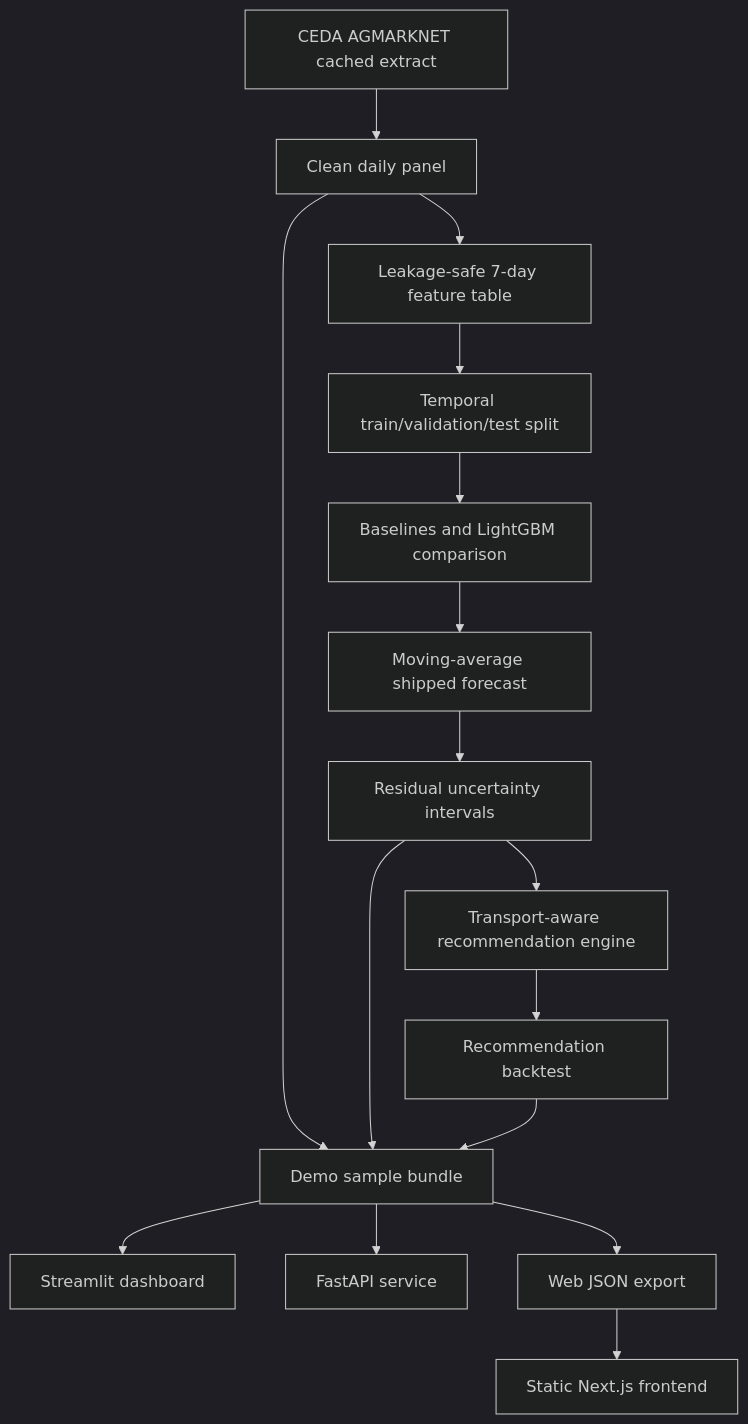
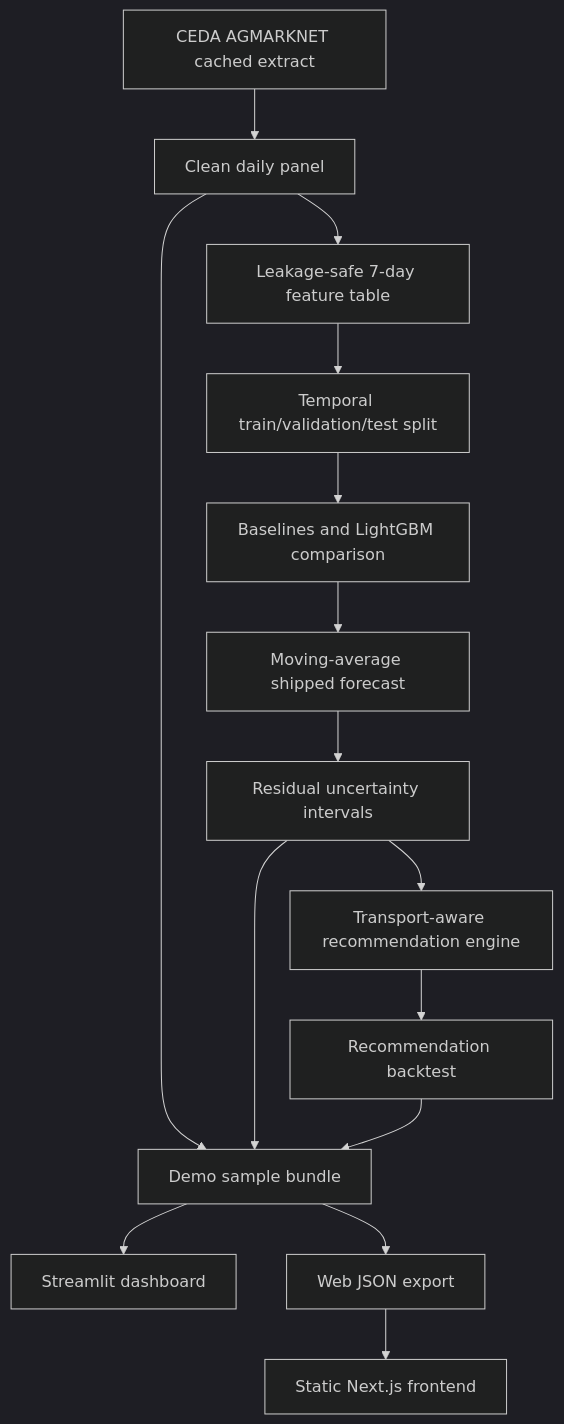
One commit to kaustubh-dot/MandiPulse changed the diagram in docs/ARCHITECTURE.md. Above: the diagram before and after it, drawn with Mermaid (dark theme). The commit also changed other lines of this file and 93 other files, not shown here.

````diff
--- a/docs/ARCHITECTURE.md
+++ b/docs/ARCHITECTURE.md
@@ -19,18 +19,17 @@
 ```mermaid
 flowchart TD
     A["CEDA AGMARKNET cached extract"] --> B["Clean daily panel"]
     B --> C["Leakage-safe 7-day feature table"]
     C --> D["Temporal train/validation/test split"]
     D --> E["Baselines and LightGBM comparison"]
     E --> F["Moving-average shipped forecast"]
     F --> G["Residual uncertainty intervals"]
     G --> H["Transport-aware recommendation engine"]
     H --> I["Recommendation backtest"]
     B --> J["Demo sample bundle"]
     G --> J
     I --> J
     J --> K["Streamlit dashboard"]
-    J --> L["FastAPI service"]
     J --> M["Web JSON export"]
     M --> N["Static Next.js frontend"]
 ```
````
